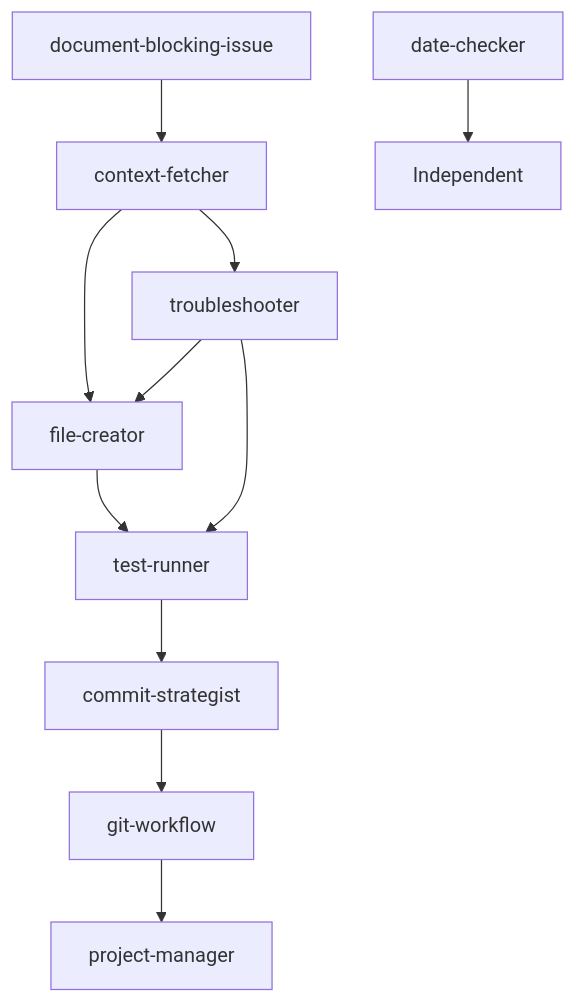
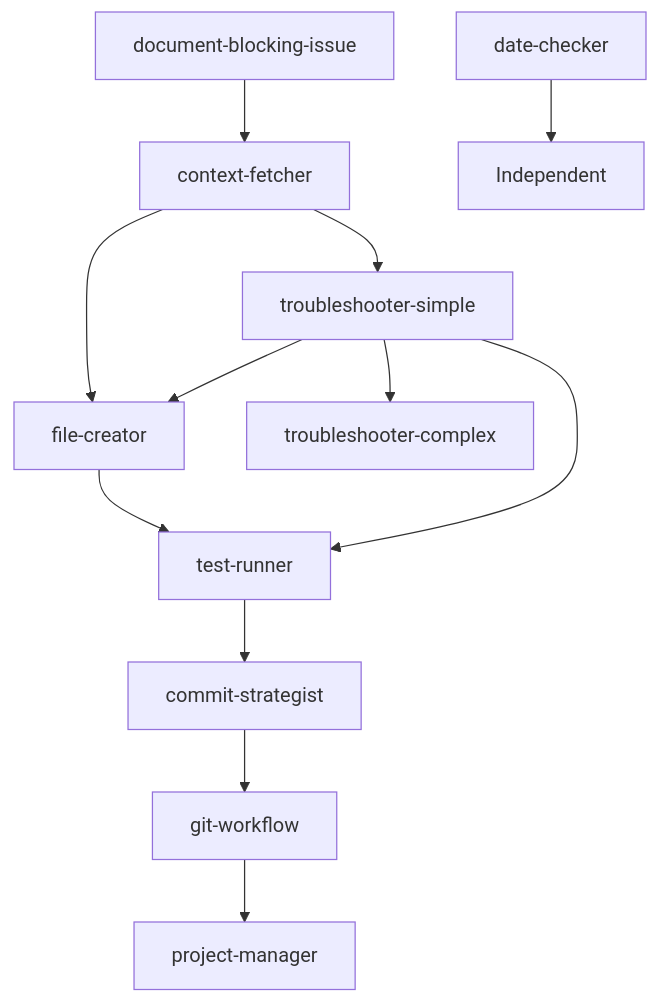
The diagram in .claude/agents/orchestrator.md (chadmcghie/Crud), drawn with Mermaid before and after one commit. The commit also changed other lines of this file and 4 other files, not shown here.

First line of the commit message:
feat: update troubleshooter agent configurations and test improvements

````diff
--- a/.claude/agents/orchestrator.md
+++ b/.claude/agents/orchestrator.md
@@ -219,13 +224,14 @@
 ```mermaid
 graph TD
     context-fetcher --> file-creator
-    context-fetcher --> troubleshooter
+    context-fetcher --> troubleshooter-simple
     file-creator --> test-runner
     test-runner --> commit-strategist
     commit-strategist --> git-workflow
     git-workflow --> project-manager
-    troubleshooter --> test-runner
-    troubleshooter --> file-creator
+    troubleshooter-simple --> test-runner
+    troubleshooter-simple --> file-creator
+    troubleshooter-simple --> troubleshooter-complex
     date-checker --> Independent
     document-blocking-issue --> context-fetcher
 ```
````
